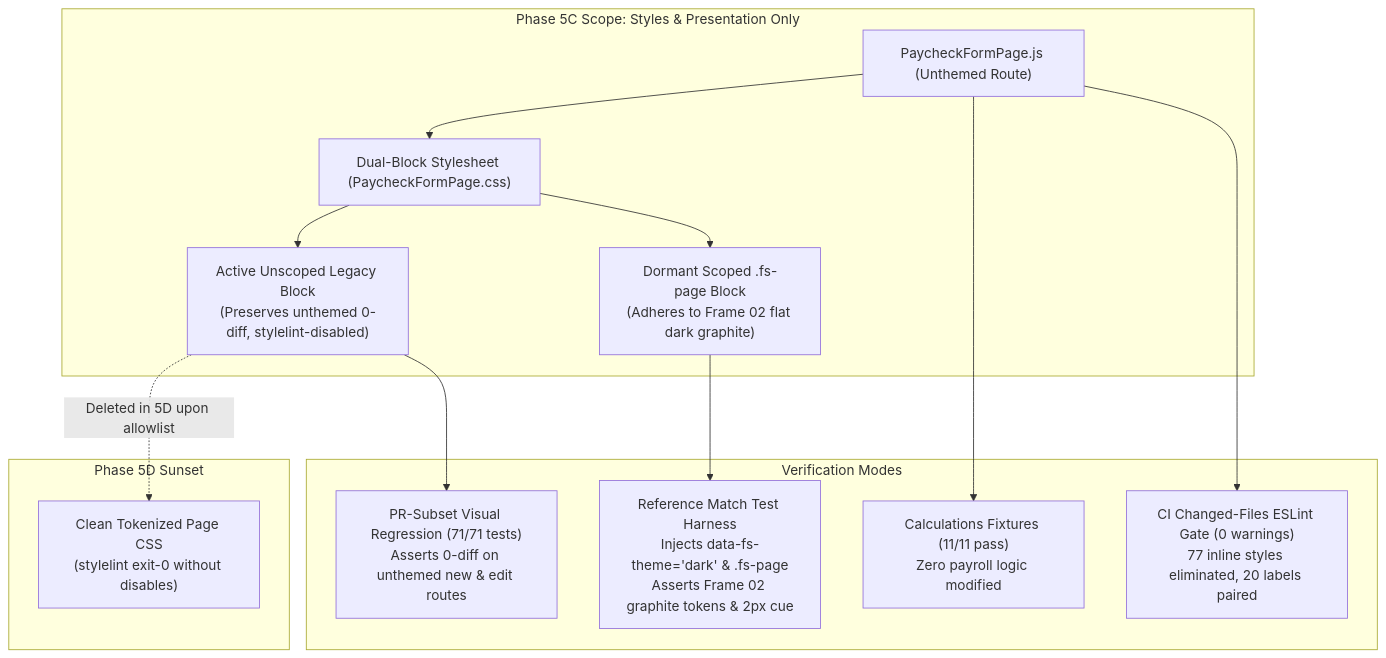
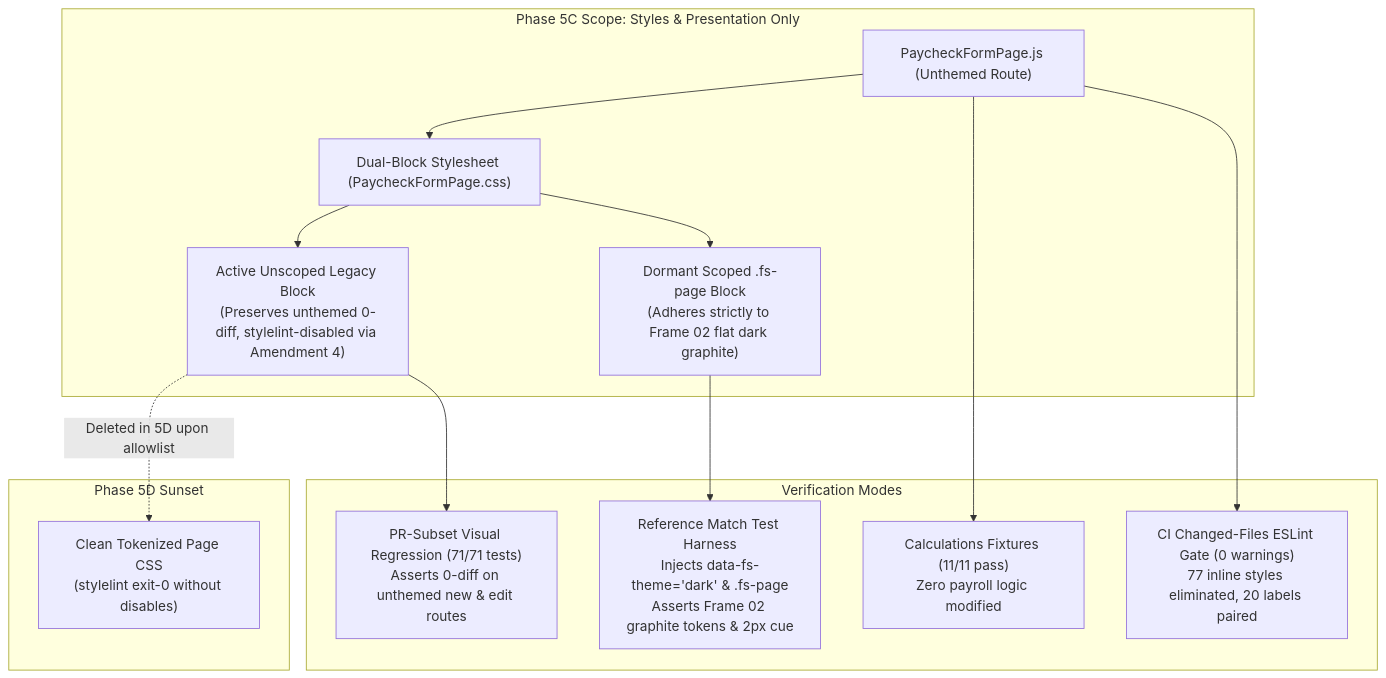
One commit to MAshrafM/FinStat changed the diagram in docs/ui-plans/phase_5c_implementation_plan.md. Above: the diagram before and after it, drawn with Mermaid. The commit also changed other lines of this file and 1 other file, not shown here.

````diff
--- a/docs/ui-plans/phase_5c_implementation_plan.md
+++ b/docs/ui-plans/phase_5c_implementation_plan.md
@@ -145,19 +137,19 @@
 ```mermaid
 graph TD
     subgraph Phase 5C Scope: Styles & Presentation Only
         A["PaycheckFormPage.js (Unthemed Route)"] --> B["Dual-Block Stylesheet (PaycheckFormPage.css)"]
-        B --> C["Active Unscoped Legacy Block<br/>(Preserves unthemed 0-diff, stylelint-disabled)"]
-        B --> D["Dormant Scoped .fs-page Block<br/>(Adheres to Frame 02 flat dark graphite)"]
+        B --> C["Active Unscoped Legacy Block<br/>(Preserves unthemed 0-diff, stylelint-disabled via Amendment 4)"]
+        B --> D["Dormant Scoped .fs-page Block<br/>(Adheres strictly to Frame 02 flat dark graphite)"]
     end
 
     subgraph Verification Modes
         C --> E["PR-Subset Visual Regression (71/71 tests)<br/>Asserts 0-diff on unthemed new & edit routes"]
         D --> F["Reference Match Test Harness<br/>Injects data-fs-theme='dark' & .fs-page<br/>Asserts Frame 02 graphite tokens & 2px cue"]
         A --> G["Calculations Fixtures (11/11 pass)<br/>Zero payroll logic modified"]
         A --> H["CI Changed-Files ESLint Gate (0 warnings)<br/>77 inline styles eliminated, 20 labels paired"]
     end
 
     subgraph Phase 5D Sunset
         C -.->|Deleted in 5D upon allowlist| I["Clean Tokenized Page CSS<br/>(stylelint exit-0 without disables)"]
     end
 ```
````
